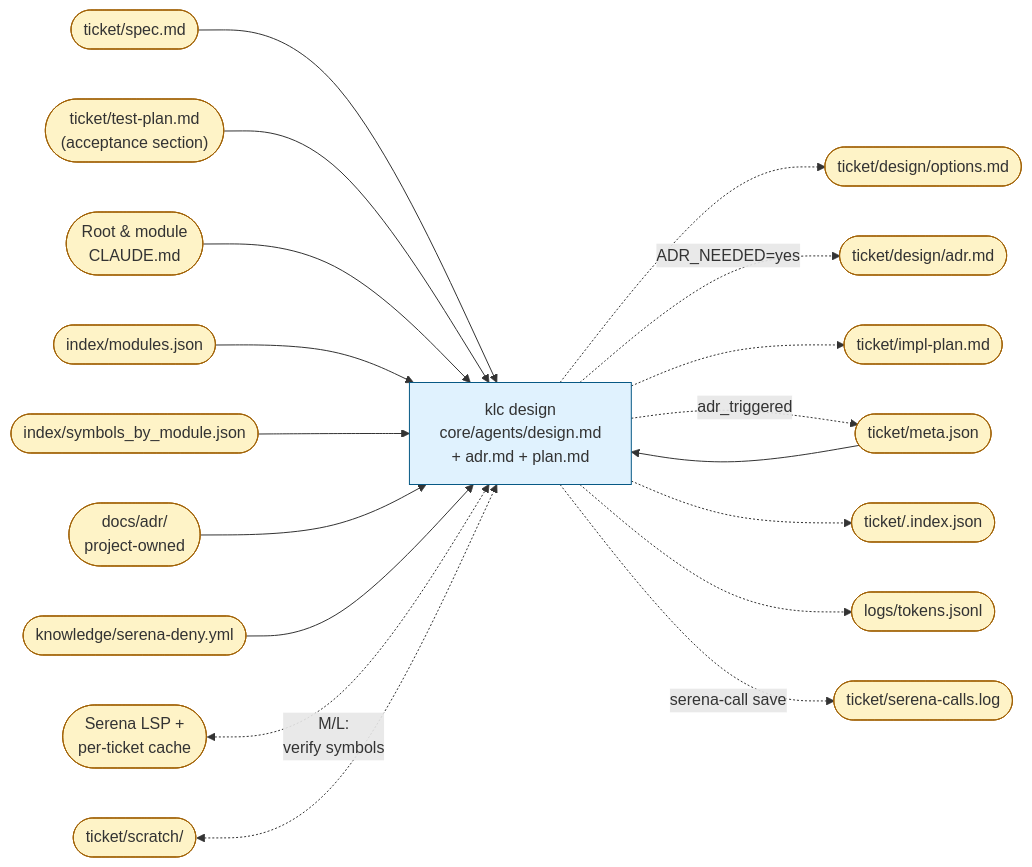
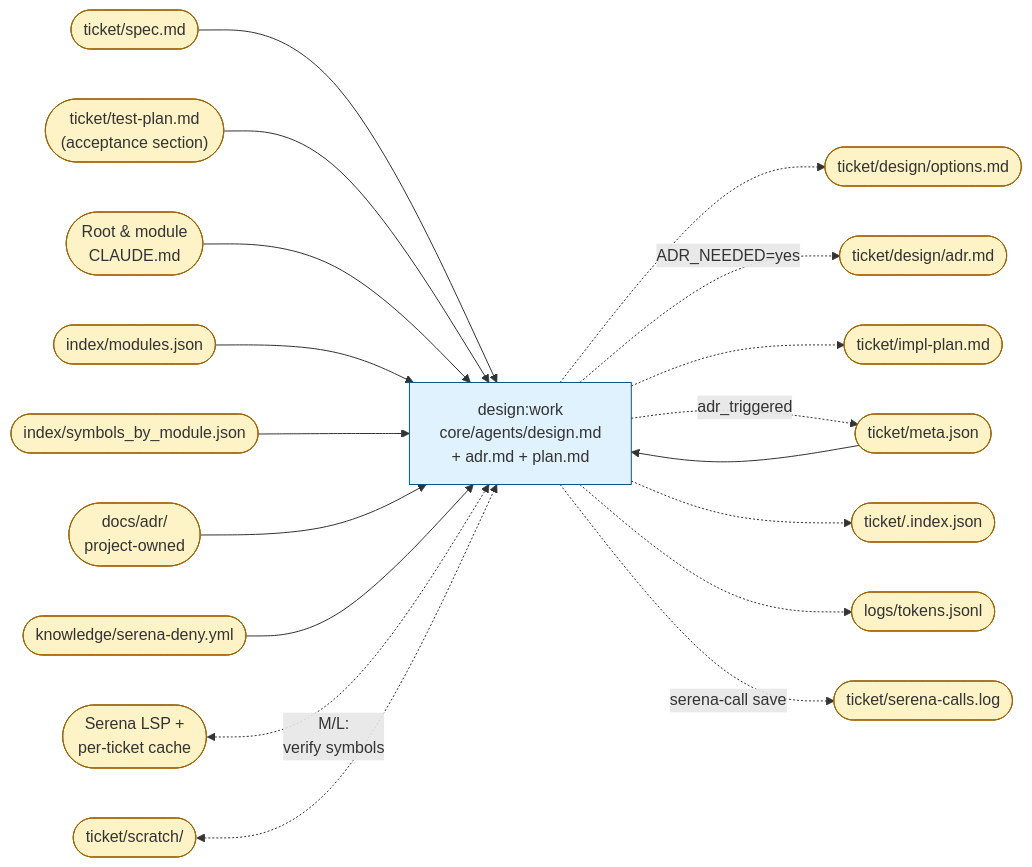
The third of 4 diagrams in docs/process-roles.md (kyyyyf/klc), drawn with Mermaid before and after one commit. The commit also changed other lines of this file and 74 other files, not shown here.

````diff
--- a/docs/process-roles.md
+++ b/docs/process-roles.md
@@ -267,53 +271,53 @@
 ```mermaid
 flowchart LR
     %% stores
     spec(["ticket/spec.md"])
     tplan(["ticket/test-plan.md<br/>(acceptance section)"])
     meta(["ticket/meta.json"])
     options(["ticket/design/options.md"])
     adr(["ticket/design/adr.md"])
     implplan(["ticket/impl-plan.md"])
     tindex(["ticket/.index.json"])
     rootclaude(["Root &amp; module<br/>CLAUDE.md"])
     modules(["index/modules.json"])
     sbm(["index/symbols_by_module.json"])
     adrhist(["docs/adr/<br/>project-owned"])
     deny(["knowledge/serena-deny.yml"])
     tokenlog(["logs/tokens.jsonl"])
     serenacalls(["ticket/serena-calls.log"])
     serena(["Serena LSP +<br/>per-ticket cache"])
     scratch(["ticket/scratch/"])
 
     %% command
-    design[klc design<br/>core/agents/design.md<br/>+ adr.md + plan.md]
+    design[design:work<br/>core/agents/design.md<br/>+ adr.md + plan.md]
 
     %% reads
     spec --> design
     tplan --> design
     meta --> design
     rootclaude --> design
     modules --> design
     sbm --> design
     adrhist --> design
     deny --> design
 
     %% serena mandatory on M/L for any symbol cited in options
     serena <-.M/L:<br/>verify symbols.-> design
 
     %% scratch for options comparison / decision trace
     scratch <-.-> design
 
     %% writes
     design -.-> options
     design -.ADR_NEEDED=yes.-> adr
     design -.-> implplan
     design -.adr_triggered.-> meta
     design -.-> tindex
     design -.-> tokenlog
     design -.serena-call save.-> serenacalls
 
     classDef store fill:#fef3c7,stroke:#a16207,stroke-width:1px;
     classDef cmd   fill:#e0f2fe,stroke:#075985,stroke-width:1px;
     class spec,tplan,meta,options,adr,implplan,tindex,rootclaude,modules,sbm,adrhist,deny,tokenlog,serenacalls,serena,scratch store;
     class design cmd;
 ```
````
